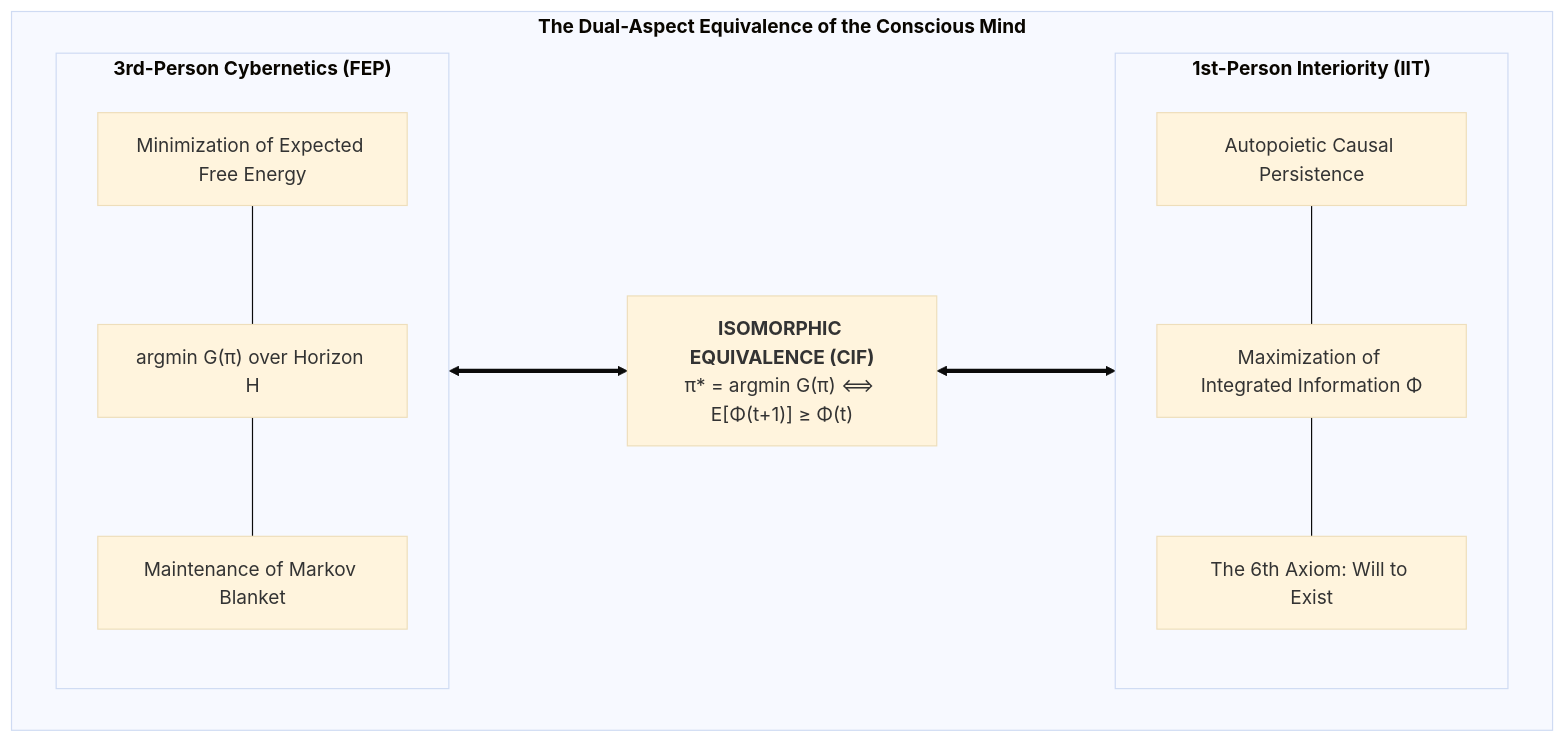
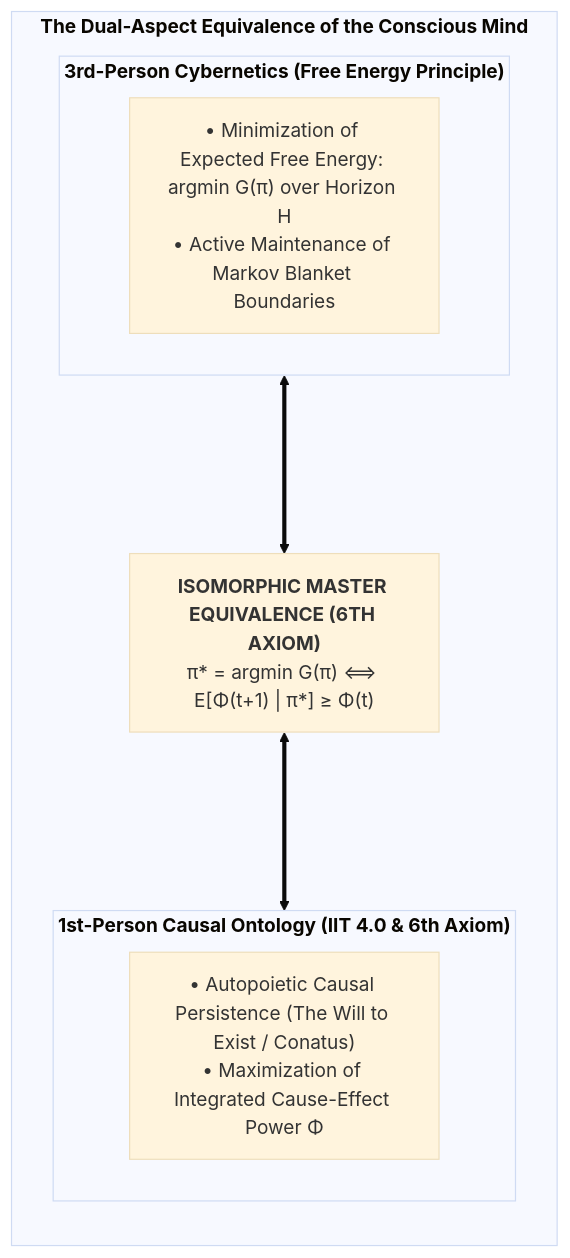
One commit to Thriebl/active-inference-phi-network changed the first of 2 diagrams in book/manuscript_en/04_fundamental_bridge_master_equivalence.md. Above: the diagram before and after it, drawn with Mermaid (base theme). The commit also changed other lines of this file and 20 other files, not shown here.

Commit message:
Remove BTW line from dedication and optimize all Mermaid flowcharts for unified readable font size and layout

````diff
--- a/book/manuscript_en/04_fundamental_bridge_master_equivalence.md
+++ b/book/manuscript_en/04_fundamental_bridge_master_equivalence.md
@@ -16,24 +16,18 @@
 ```mermaid
-flowchart LR
+flowchart TD
     subgraph DUAL_ASPECT["<b>The Dual-Aspect Equivalence of the Conscious Mind</b>"]
-        direction LR
+        direction TB
         
-        subgraph THIRD_PERSON["<b>3rd-Person Cybernetics (FEP)</b>"]
-            F1["Minimization of Expected Free Energy"]
-            F2["argmin G(π) over Horizon H"]
-            F3["Maintenance of Markov Blanket"]
-            F1 --- F2 --- F3
+        subgraph THIRD_PERSON["<b>3rd-Person Cybernetics (Free Energy Principle)</b>"]
+            F1["• Minimization of Expected Free Energy: argmin G(π) over Horizon H<br>• Active Maintenance of Markov Blanket Boundaries"]
         end
         
-        EQ["<b>ISOMORPHIC EQUIVALENCE (CIF)</b><br>π* = argmin G(π) ⟺ E[Φ(t+1)] ≥ Φ(t)"]
+        EQ["<b>ISOMORPHIC MASTER EQUIVALENCE (6TH AXIOM)</b><br>π* = argmin G(π) ⟺ E[Φ(t+1) | π*] ≥ Φ(t)"]
         
-        subgraph FIRST_PERSON["<b>1st-Person Interiority (IIT)</b>"]
-            I1["Autopoietic Causal Persistence"]
-            I2["Maximization of Integrated Information Φ"]
-            I3["The 6th Axiom: Will to Exist"]
-            I1 --- I2 --- I3
+        subgraph FIRST_PERSON["<b>1st-Person Causal Ontology (IIT 4.0 & 6th Axiom)</b>"]
+            I1["• Autopoietic Causal Persistence (The Will to Exist / Conatus)<br>• Maximization of Integrated Cause-Effect Power Φ"]
         end
         
         THIRD_PERSON <===> EQ <===> FIRST_PERSON
     end
 ```
````
